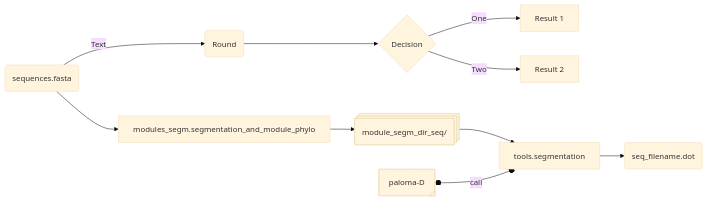
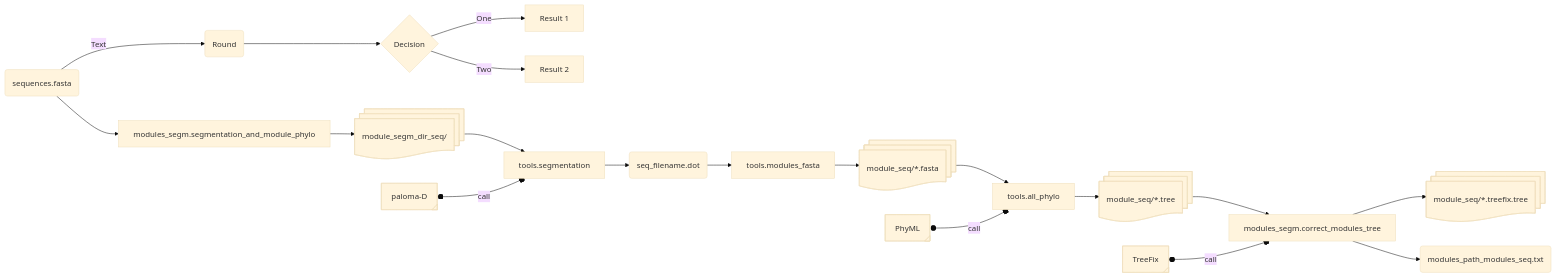
Before and after one commit to OcMalde/fuse-phylotree: the diagram in README.md, drawn with Mermaid (base theme).

Commit message:
readme mermaid test

````diff
--- a/README.md
+++ b/README.md
@@ -19,17 +19,26 @@
 ```mermaid
 flowchart LR
 
 A[Hard] -->|Text| B(Round)
 B --> C{Decision}
 C -->|One| D[Result 1]
 C -->|Two| E[Result 2]
 
 
 
 A(sequences.fasta) --> m1[modules_segm.segmentation_and_module_phylo]
-m1 --> m2@{ shape: processes, label: "module_segm_dir_seq/" }
+m1 --> m2@{ shape: docs, label: "module_segm_dir_seq/" }
 m2 --> m3[tools.segmentation]
 m5@{ shape: tag-rect, label: "paloma-D" } o--o|call| m3
 m3 --> m4(seq_filename.dot)
+m4 --> m6[tools.modules_fasta]
+m6 --> m7@{ shape: docs, label: "module_seq/*.fasta" }
+m7 --> m8[tools.all_phylo]
+m9@{ shape: tag-rect, label: "PhyML" } o--o|call| m8
+m8 --> m12@{ shape: docs, label: "module_seq/*.tree" }
+m12 --> m10[modules_segm.correct_modules_tree]
+m11@{ shape: tag-rect, label: "TreeFix" } o--o|call| m10
+m10 --> m13@{ shape: docs, label: "module_seq/*.treefix.tree" }
+m10 --> m14(modules_path_modules_seq.txt)
 
 ```
````
